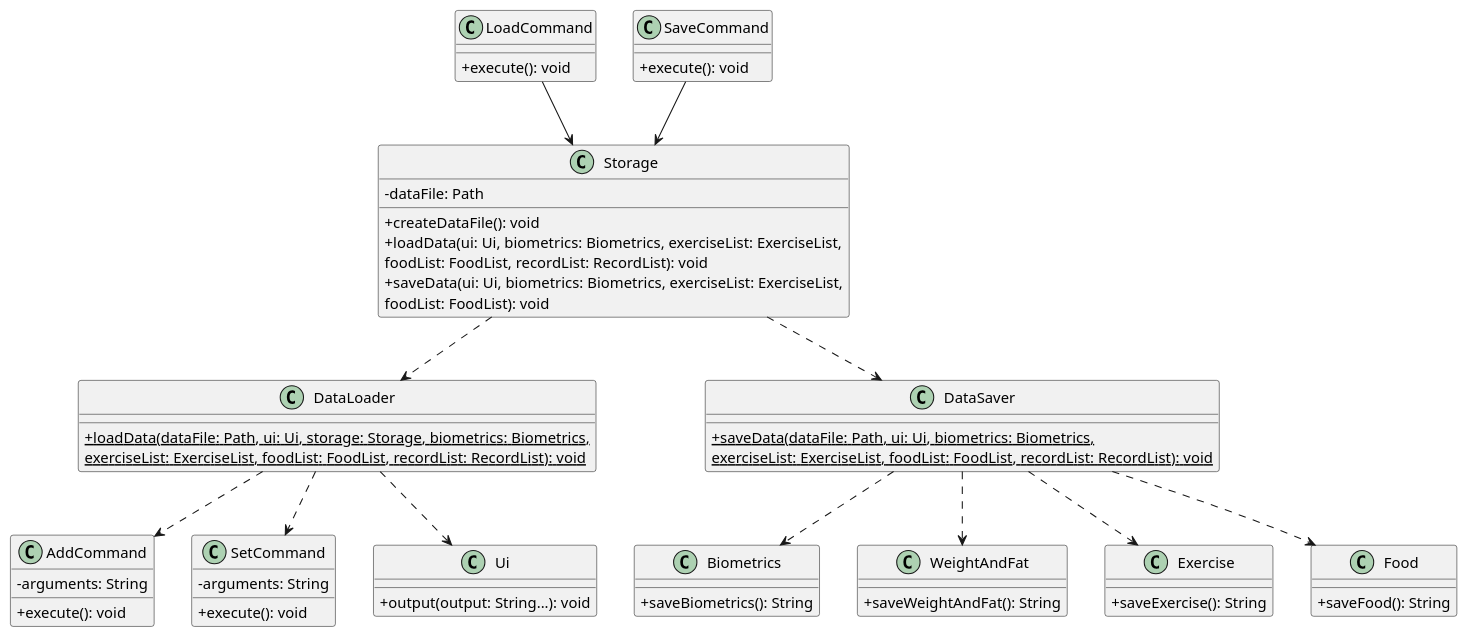
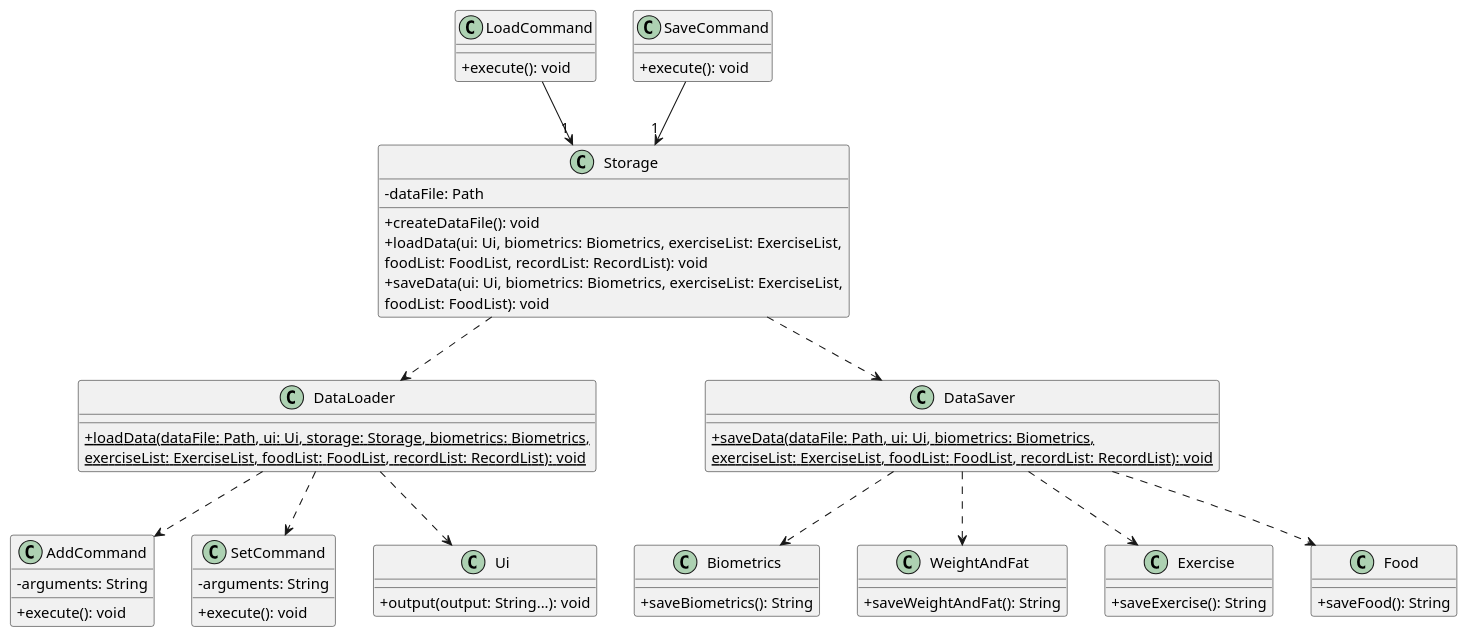
Before and after one commit to nus-cs2113-AY2223S1/tp: the diagram in docs/UmlDiagrams/Storage.puml, drawn with PlantUML. The commit also changed 15 other files, not shown here.

```diff
--- a/docs/UmlDiagrams/Storage.puml
+++ b/docs/UmlDiagrams/Storage.puml
@@ -1,73 +1,73 @@
 @startuml
 'https://plantuml.com/class-diagram
 skinparam classAttributeIconSize 0
 
 class LoadCommand {
 +execute(): void
 }
 
 class SaveCommand {
 +execute(): void
 }
 
 class Storage {
 -dataFile: Path
 +createDataFile(): void
 +loadData(ui: Ui, biometrics: Biometrics, exerciseList: ExerciseList,
 foodList: FoodList, recordList: RecordList): void
 +saveData(ui: Ui, biometrics: Biometrics, exerciseList: ExerciseList,
 foodList: FoodList): void
 }
 
 class DataLoader {
 {static} +loadData(dataFile: Path, ui: Ui, storage: Storage, biometrics: Biometrics,
 {static}    exerciseList: ExerciseList, foodList: FoodList, recordList: RecordList): void
 }
 
 class DataSaver {
 {static} +saveData(dataFile: Path, ui: Ui, biometrics: Biometrics,
 {static}    exerciseList: ExerciseList, foodList: FoodList, recordList: RecordList): void
 }
 
 class AddCommand {
 -arguments: String
 +execute(): void
 }
 
 class SetCommand {
 -arguments: String
 +execute(): void
 }
 
 class Biometrics {
 +saveBiometrics(): String
 }
 
 class WeightAndFat {
 +saveWeightAndFat(): String
 }
 
 class Exercise {
 +saveExercise(): String
 }
 
 class Food {
 +saveFood(): String
 }
 
 class Ui {
 +output(output: String...): void
 }
 
-LoadCommand --> Storage
-SaveCommand --> Storage
+LoadCommand --> "1"Storage
+SaveCommand --> "1"Storage
 Storage ..> DataLoader
 Storage ..> DataSaver
 DataLoader ..> Ui
 DataLoader ..> AddCommand
 DataLoader ..> SetCommand
 DataSaver ..> Biometrics
 DataSaver ..> WeightAndFat
 DataSaver ..> Exercise
 DataSaver ..> Food
 @enduml
```
